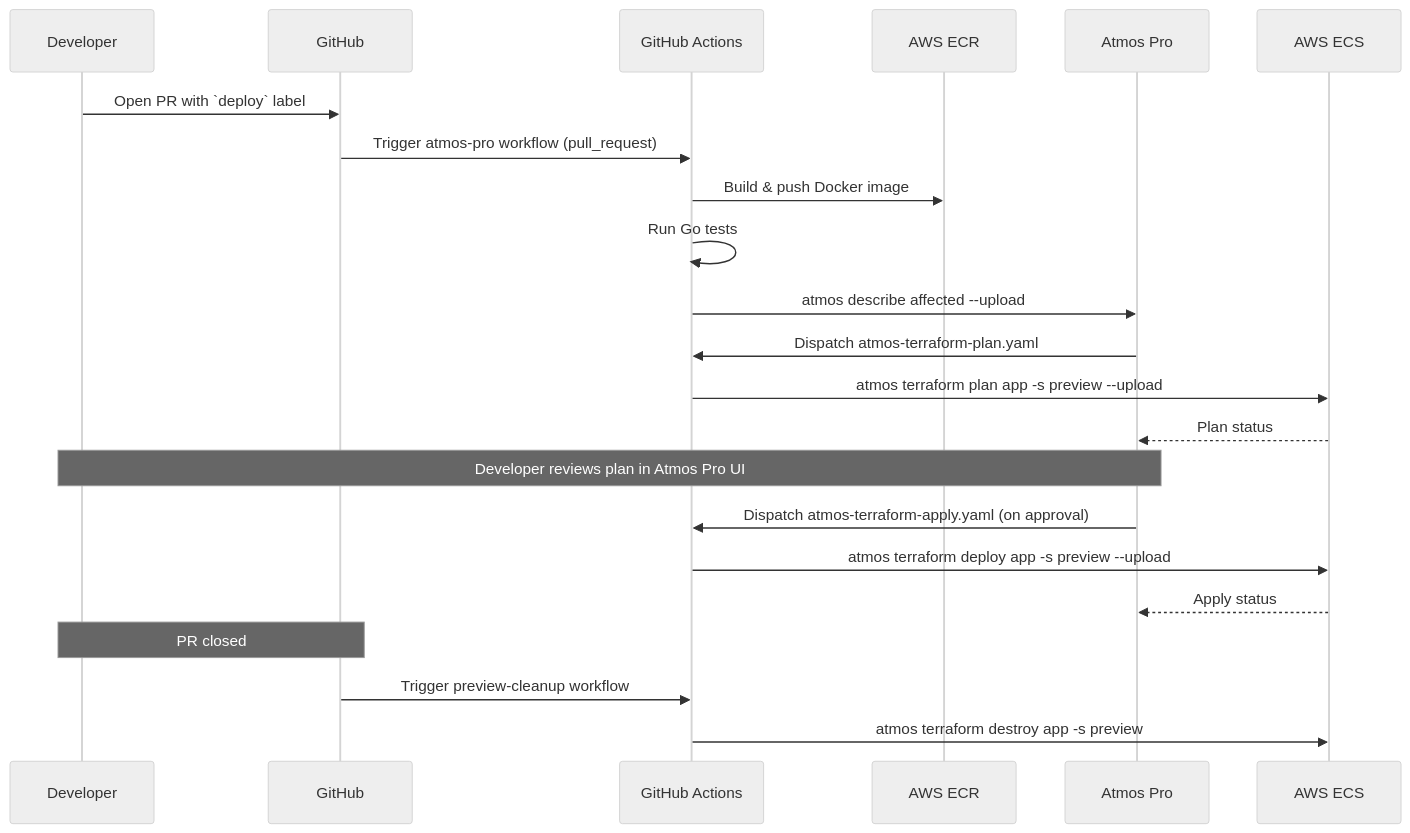
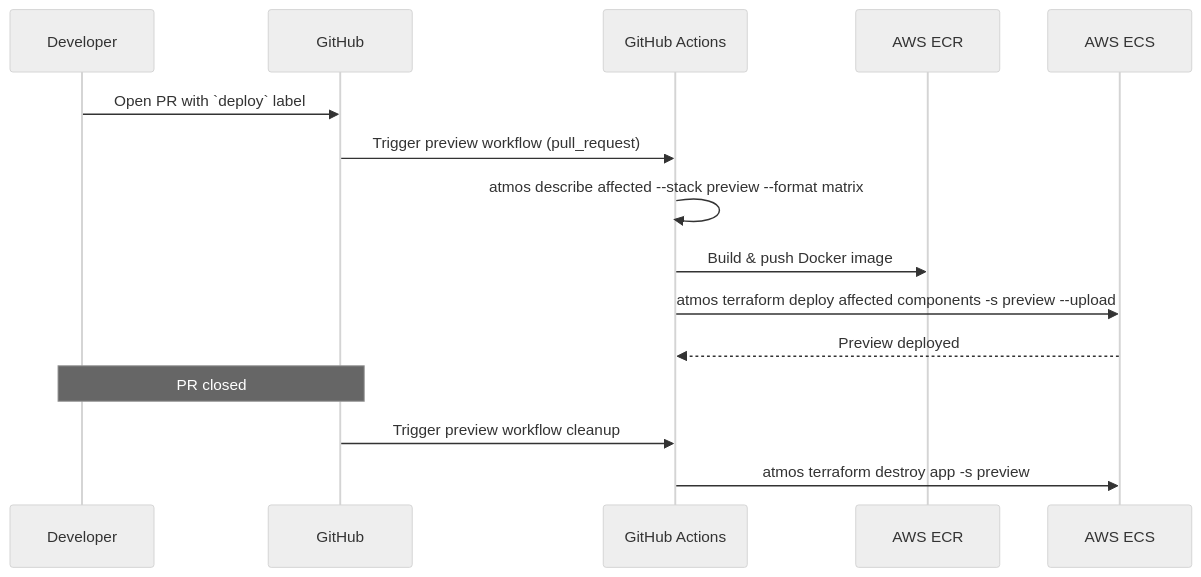
Before and after one commit to cloudposse-examples/atmos-pro-with-ecs: the second of 5 diagrams in .github/workflows/README.md, drawn with Mermaid (neutral theme). The commit also changed other lines of this file and 8 other files, not shown here.

Commit message:
consolidate preview workflow

````diff
--- a/.github/workflows/README.md
+++ b/.github/workflows/README.md
@@ -80,25 +80,18 @@
 ```mermaid
 sequenceDiagram
     participant Dev as Developer
     participant GH as GitHub
     participant GA as GitHub Actions
     participant ECR as AWS ECR
-    participant AP as Atmos Pro
     participant ECS as AWS ECS
 
     Dev->>GH: Open PR with `deploy` label
-    GH->>GA: Trigger atmos-pro workflow (pull_request)
+    GH->>GA: Trigger preview workflow (pull_request)
+    GA->>GA: atmos describe affected --stack preview --format matrix
     GA->>ECR: Build & push Docker image
-    GA->>GA: Run Go tests
-    GA->>AP: atmos describe affected --upload
-    AP->>GA: Dispatch atmos-terraform-plan.yaml
-    GA->>ECS: atmos terraform plan app -s preview --upload
-    ECS-->>AP: Plan status
-    Note over Dev,AP: Developer reviews plan in Atmos Pro UI
-    AP->>GA: Dispatch atmos-terraform-apply.yaml (on approval)
-    GA->>ECS: atmos terraform deploy app -s preview --upload
-    ECS-->>AP: Apply status
+    GA->>ECS: atmos terraform deploy affected components -s preview --upload
+    ECS-->>GA: Preview deployed
     Note over Dev,GH: PR closed
-    GH->>GA: Trigger preview-cleanup workflow
+    GH->>GA: Trigger preview workflow cleanup
     GA->>ECS: atmos terraform destroy app -s preview
 ```
````
